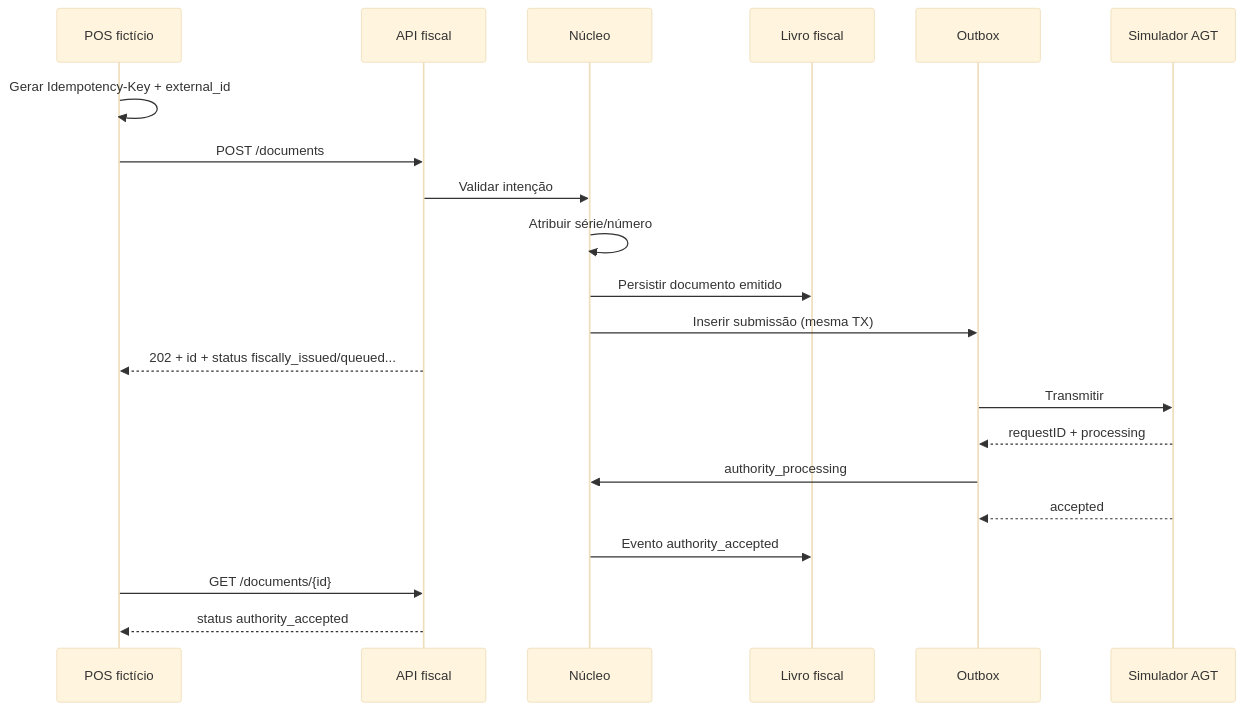
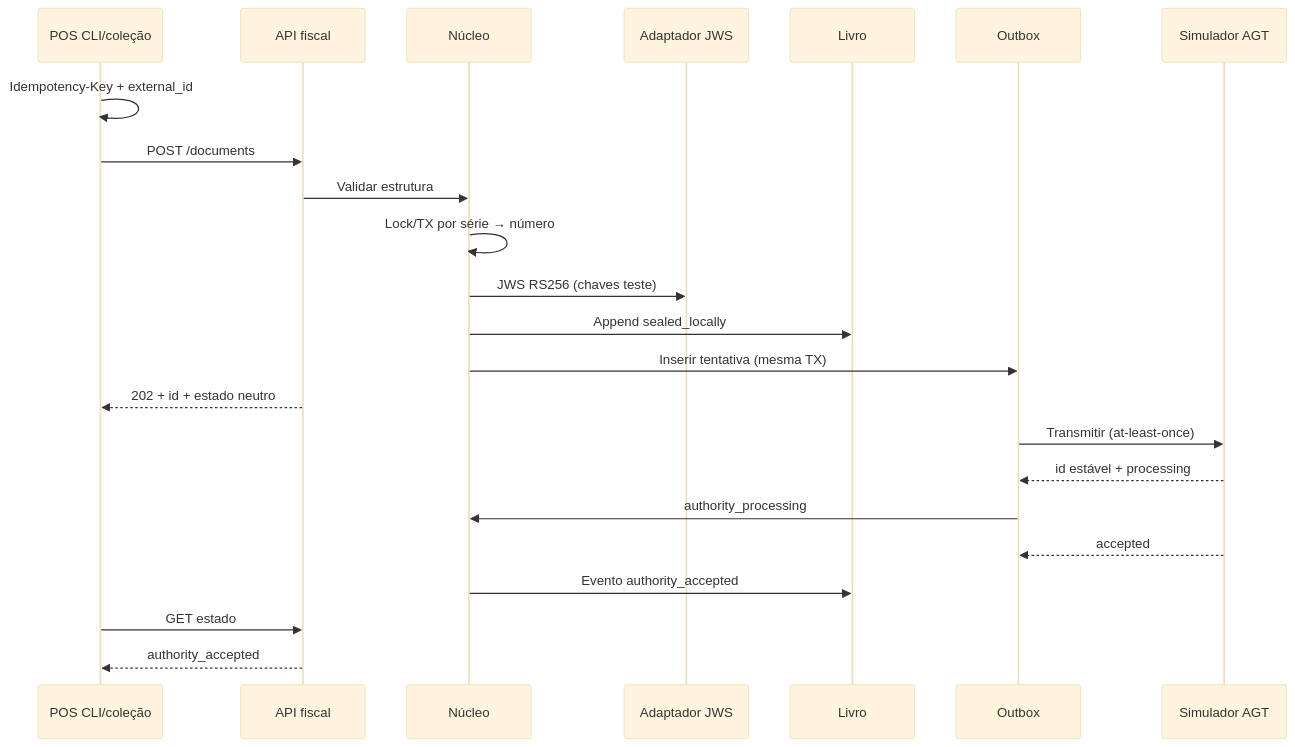
One commit to storesace-cv/bwb-modulo-fiscal changed the diagram in docs/06-delivery/first-vertical-slice.md. Above: the diagram before and after it, drawn with Mermaid (base theme). The commit also changed other lines of this file and 4 other files, not shown here.

````diff
--- a/docs/06-delivery/first-vertical-slice.md
+++ b/docs/06-delivery/first-vertical-slice.md
@@ -67,24 +92,26 @@
 ```mermaid
 sequenceDiagram
-  participant POS as POS fictício
+  participant POS as POS CLI/coleção
   participant API as API fiscal
   participant Core as Núcleo
-  participant Ledger as Livro fiscal
+  participant Crypto as Adaptador JWS
+  participant Ledger as Livro
   participant Outbox as Outbox
   participant Sim as Simulador AGT
 
-  POS->>POS: Gerar Idempotency-Key + external_id
+  POS->>POS: Idempotency-Key + external_id
   POS->>API: POST /documents
-  API->>Core: Validar intenção
-  Core->>Core: Atribuir série/número
-  Core->>Ledger: Persistir documento emitido
-  Core->>Outbox: Inserir submissão (mesma TX)
-  API-->>POS: 202 + id + status fiscally_issued/queued...
-  Outbox->>Sim: Transmitir
-  Sim-->>Outbox: requestID + processing
+  API->>Core: Validar estrutura
+  Core->>Core: Lock/TX por série → número
+  Core->>Crypto: JWS RS256 (chaves teste)
+  Core->>Ledger: Append sealed_locally
+  Core->>Outbox: Inserir tentativa (mesma TX)
+  API-->>POS: 202 + id + estado neutro
+  Outbox->>Sim: Transmitir (at-least-once)
+  Sim-->>Outbox: id estável + processing
   Outbox->>Core: authority_processing
   Sim-->>Outbox: accepted
   Core->>Ledger: Evento authority_accepted
-  POS->>API: GET /documents/{id}
-  API-->>POS: status authority_accepted
+  POS->>API: GET estado
+  API-->>POS: authority_accepted
 ```
````
